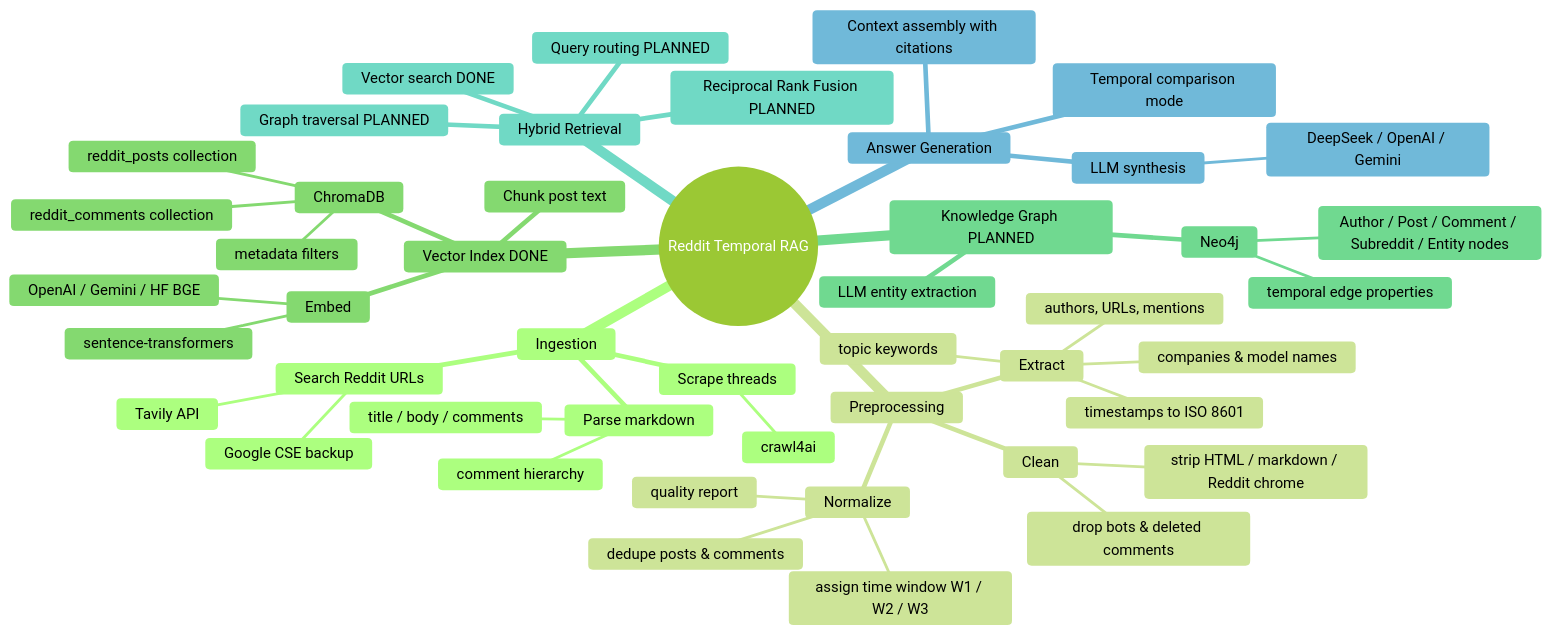
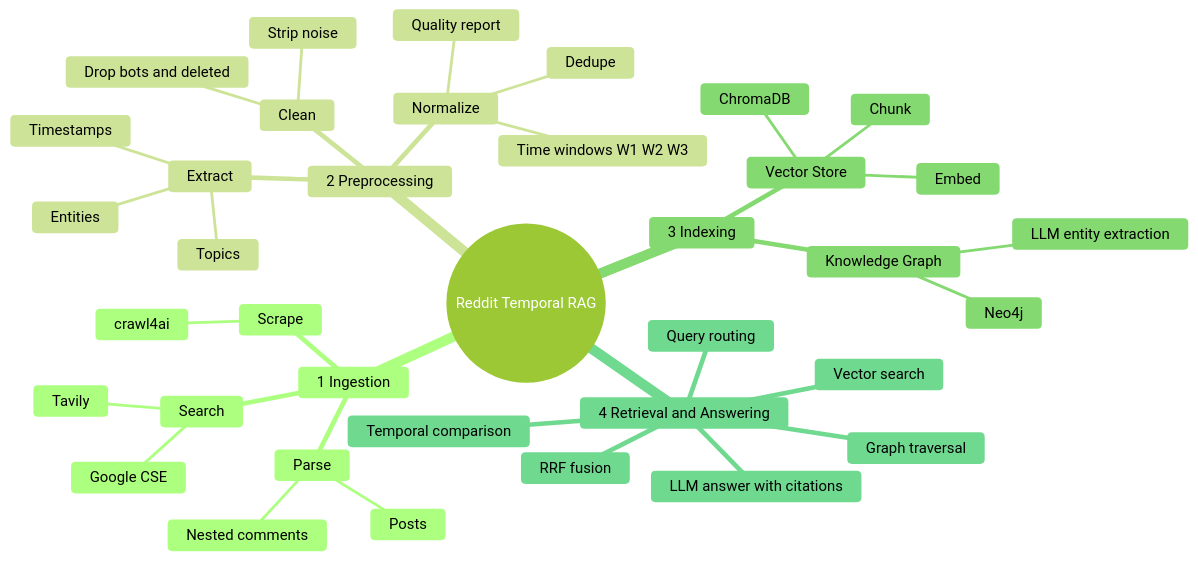
The first of 8 diagrams in README.md (GuruAswinidath/Reddit-RAG), drawn with Mermaid (forest theme) before and after one commit. The commit also changed other lines of this file and 20 other files, not shown here.

Commit message:
Added the few features. 1. Add an sample frontend using streamlit. 2. Add the retrival method only from the vector db. 3. Add the knowledge graph (Neo4j).

````diff
--- a/README.md
+++ b/README.md
@@ -23,50 +25,40 @@
 ```mermaid
 mindmap
   root((Reddit Temporal RAG))
-    Ingestion
-      Search Reddit URLs
-        Tavily API
-        Google CSE backup
-      Scrape threads
+    1 Ingestion
+      Search
+        Tavily
+        Google CSE
+      Scrape
         crawl4ai
-      Parse markdown
-        title / body / comments
-        comment hierarchy
-    Preprocessing
+      Parse
+        Posts
+        Nested comments
+    2 Preprocessing
       Clean
-        strip HTML / markdown / Reddit chrome
-        drop bots & deleted comments
+        Strip noise
+        Drop bots and deleted
       Extract
-        timestamps to ISO 8601
-        authors, URLs, mentions
-        companies & model names
-        topic keywords
+        Timestamps
+        Entities
+        Topics
       Normalize
-        dedupe posts & comments
-        assign time window W1 / W2 / W3
-        quality report
-    Vector Index DONE
-      Chunk post text
-      Embed
-        sentence-transformers
-        OpenAI / Gemini / HF BGE
-      ChromaDB
-        reddit_posts collection
-        reddit_comments collection
-        metadata filters
-    Knowledge Graph PLANNED
-      LLM entity extraction
-      Neo4j
-        Author / Post / Comment / Subreddit / Entity nodes
-        temporal edge properties
-    Hybrid Retrieval
-      Vector search DONE
-      Graph traversal PLANNED
-      Reciprocal Rank Fusion PLANNED
-      Query routing PLANNED
-    Answer Generation
-      Context assembly with citations
-      LLM synthesis
-        DeepSeek / OpenAI / Gemini
-      Temporal comparison mode
+        Dedupe
+        Time windows W1 W2 W3
+        Quality report
+    3 Indexing
+      Vector Store
+        Chunk
+        Embed
+        ChromaDB
+      Knowledge Graph
+        LLM entity extraction
+        Neo4j
+    4 Retrieval and Answering
+      Vector search
+      Graph traversal
+      RRF fusion
+      Query routing
+      LLM answer with citations
+      Temporal comparison
 ```
````
